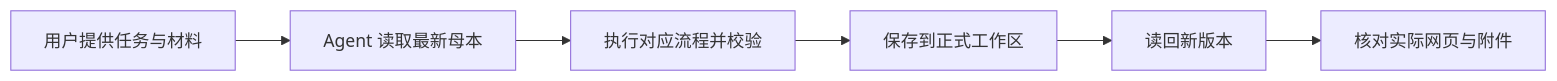
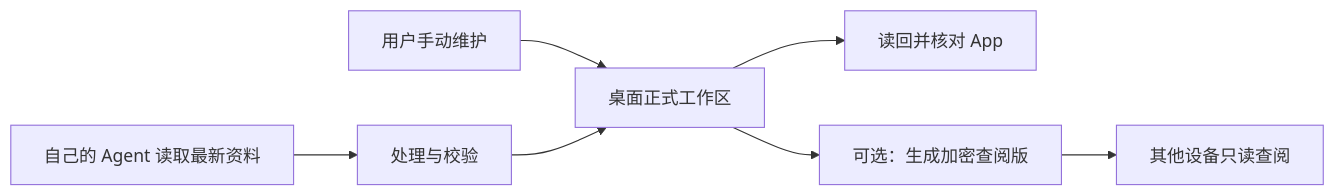
The diagram in docs/使用方案.md (chenyiwang325-droid/toudi-with-codex), drawn with Mermaid before and after one commit. The commit also changed other lines of this file and 37 other files, not shown here.

````diff
--- a/docs/使用方案.md
+++ b/docs/使用方案.md
@@ -33,8 +20,9 @@
 ```mermaid
 flowchart LR
-  A[用户提供任务与材料] --> B[Agent 读取最新母本]
-  B --> C[执行对应流程并校验]
-  C --> D[保存到正式工作区]
-  D --> E[读回新版本]
-  E --> F[核对实际网页与附件]
+  U[用户手动维护] --> W[桌面正式工作区]
+  A[自己的 Agent 读取最新资料] --> V[处理与校验]
+  V --> W
+  W --> R[读回并核对 App]
+  W --> P[可选：生成加密查阅版]
+  P --> S[其他设备只读查阅]
 ```
````
